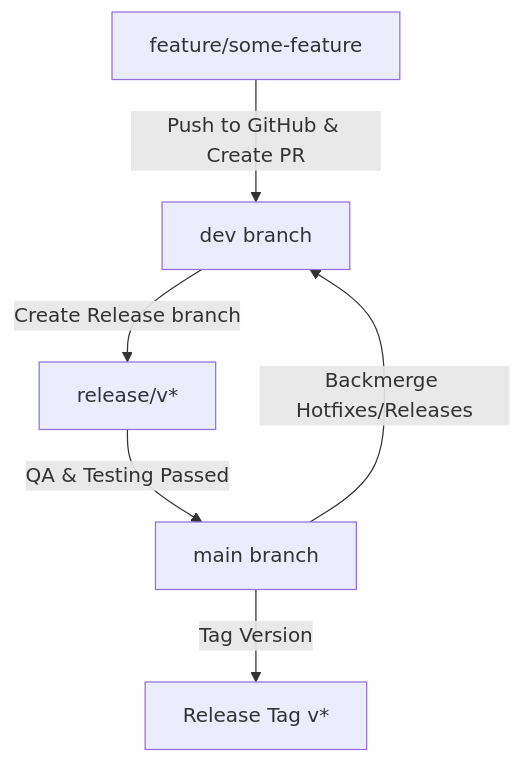
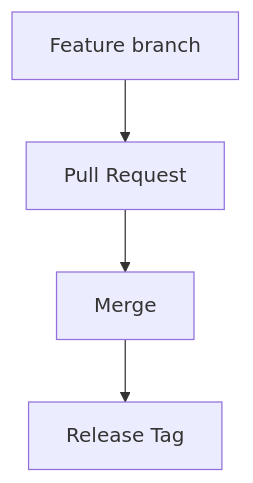
One commit to SwapnilSP000/version-control-with-git changed the first of 2 diagrams in docs/project-structure.md. Above: the diagram before and after it, drawn with Mermaid. The commit also changed other lines of this file and 7 other files, not shown here.

````diff
--- a/docs/project-structure.md
+++ b/docs/project-structure.md
@@ -50,8 +56,6 @@
 ```mermaid
 graph TD
-    feature[feature/some-feature] -- Push to GitHub & Create PR --> dev[dev branch]
-    dev -- Create Release branch --> release[release/v*]
-    release -- QA & Testing Passed --> main[main branch]
-    main -- Tag Version --> tag[Release Tag v*]
-    main -- Backmerge Hotfixes/Releases --> dev
+    feature[Feature branch] --> pr[Pull Request]
+    pr --> merge[Merge]
+    merge --> tag[Release Tag]
 ```
````
